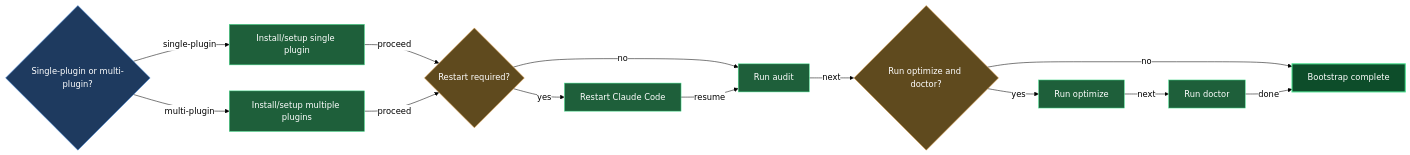
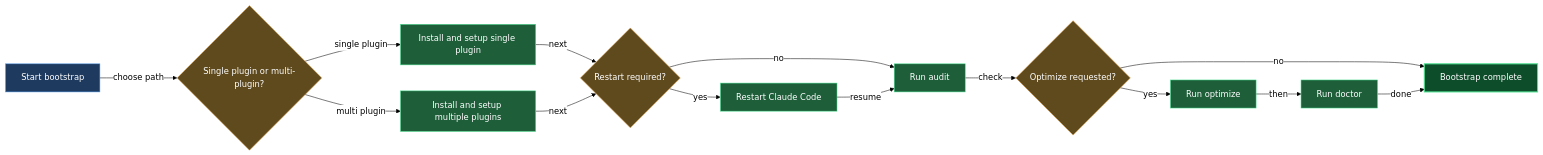
The diagram in claude/lazycortex-core/help/install-and-audit.md (mebius-san/lazy-cortex), drawn with Mermaid before and after one commit. The commit also changed other lines of this file and 41 other files, not shown here.

````diff
--- a/claude/lazycortex-core/help/install-and-audit.md
+++ b/claude/lazycortex-core/help/install-and-audit.md
@@ -107,43 +109,46 @@
 ```mermaid
 %%{init: {'themeVariables':{'background':'transparent','lineColor':'#000','textColor':'#000','edgeLabelBackground':'#fff'},'themeCSS':'.edgeLabel{background-color:transparent!important}.edgeLabel p{background-color:transparent!important}','flowchart':{'diagramPadding':5,'useMaxWidth':true}}}%%
 flowchart LR
-  chooseBootstrapMode{Single-plugin or multi-plugin?}
-  installSinglePlugin[Install/setup single plugin]
-  installMultiplePlugins[Install/setup multiple plugins]
+  bootstrapStart[Start bootstrap]
+  pluginCountCheck{Single plugin or multi-plugin?}
+  installSetupSingle[Install and setup single plugin]
+  installSetupMulti[Install and setup multiple plugins]
   restartNeeded{Restart required?}
   restartClaudeCode[Restart Claude Code]
   runAudit[Run audit]
-  optimizeDoctorNeeded{Run optimize and doctor?}
+  optimizeRequested{Optimize requested?}
   runOptimize[Run optimize]
   runDoctor[Run doctor]
   bootstrapComplete[Bootstrap complete]
 
-  chooseBootstrapMode -->|single-plugin| installSinglePlugin
-  chooseBootstrapMode -->|multi-plugin| installMultiplePlugins
-  installSinglePlugin -->|proceed| restartNeeded
-  installMultiplePlugins -->|proceed| restartNeeded
+  bootstrapStart -->|choose path| pluginCountCheck
+  pluginCountCheck -->|single plugin| installSetupSingle
+  pluginCountCheck -->|multi plugin| installSetupMulti
+  installSetupSingle -->|next| restartNeeded
+  installSetupMulti -->|next| restartNeeded
   restartNeeded -->|yes| restartClaudeCode
   restartNeeded -->|no| runAudit
   restartClaudeCode -->|resume| runAudit
-  runAudit -->|next| optimizeDoctorNeeded
-  optimizeDoctorNeeded -->|yes| runOptimize
-  optimizeDoctorNeeded -->|no| bootstrapComplete
-  runOptimize -->|next| runDoctor
+  runAudit -->|check| optimizeRequested
+  optimizeRequested -->|yes| runOptimize
+  optimizeRequested -->|no| bootstrapComplete
+  runOptimize -->|then| runDoctor
   runDoctor -->|done| bootstrapComplete
 
   classDef entry fill:#1e3a5f,stroke:#4a90e2,color:#fff
   classDef guard fill:#5f4a1e,stroke:#e2a14a,color:#fff
   classDef action fill:#1e5f3a,stroke:#4ae290,color:#fff
   classDef success fill:#0d4d2a,stroke:#4ae290,color:#fff,stroke-width:2px
 
-  class chooseBootstrapMode entry
+  class bootstrapStart entry
+  class pluginCountCheck guard
+  class installSetupSingle action
+  class installSetupMulti action
   class restartNeeded guard
-  class optimizeDoctorNeeded guard
-  class installSinglePlugin action
-  class installMultiplePlugins action
   class restartClaudeCode action
   class runAudit action
+  class optimizeRequested guard
   class runOptimize action
   class runDoctor action
   class bootstrapComplete success
 ```
````
